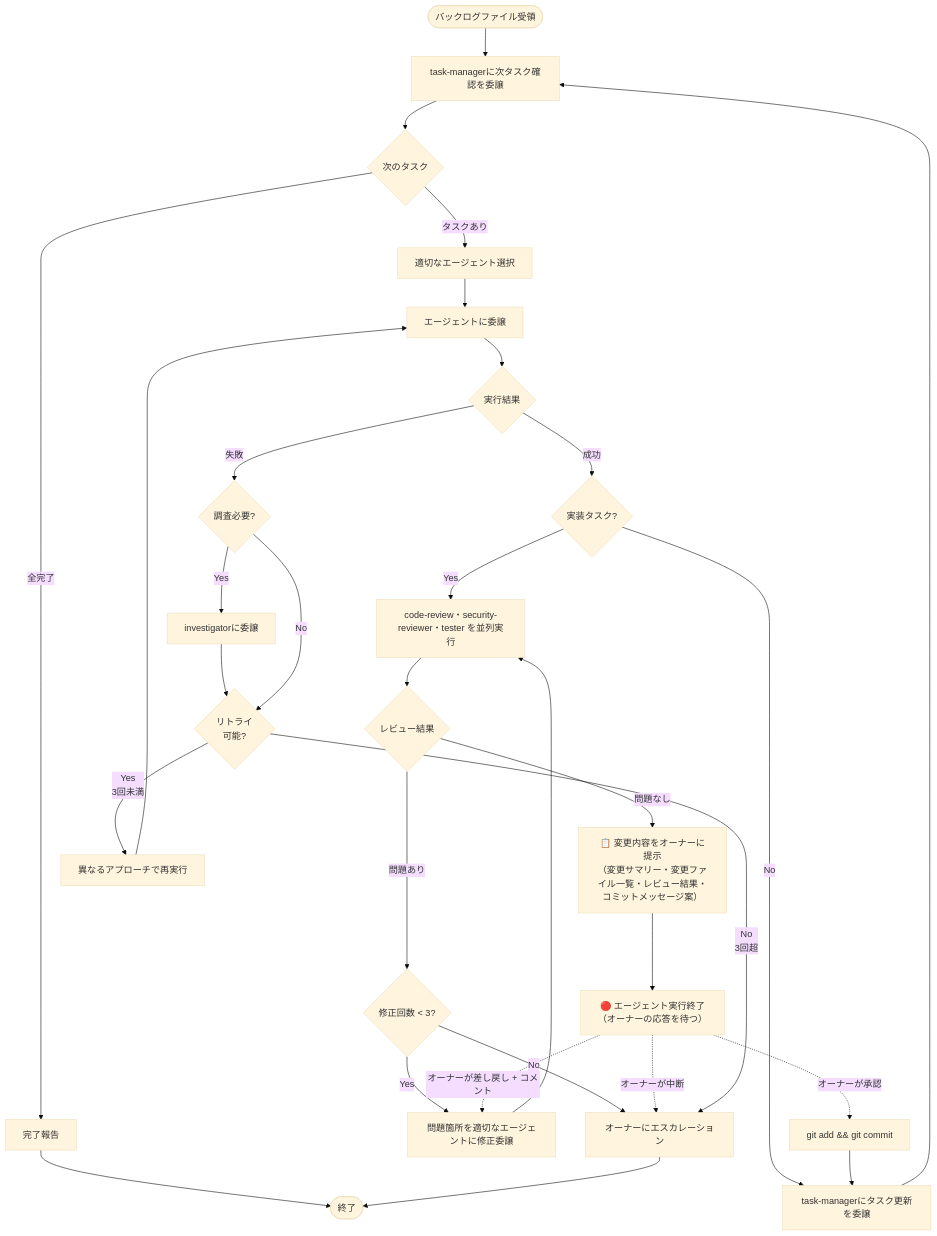
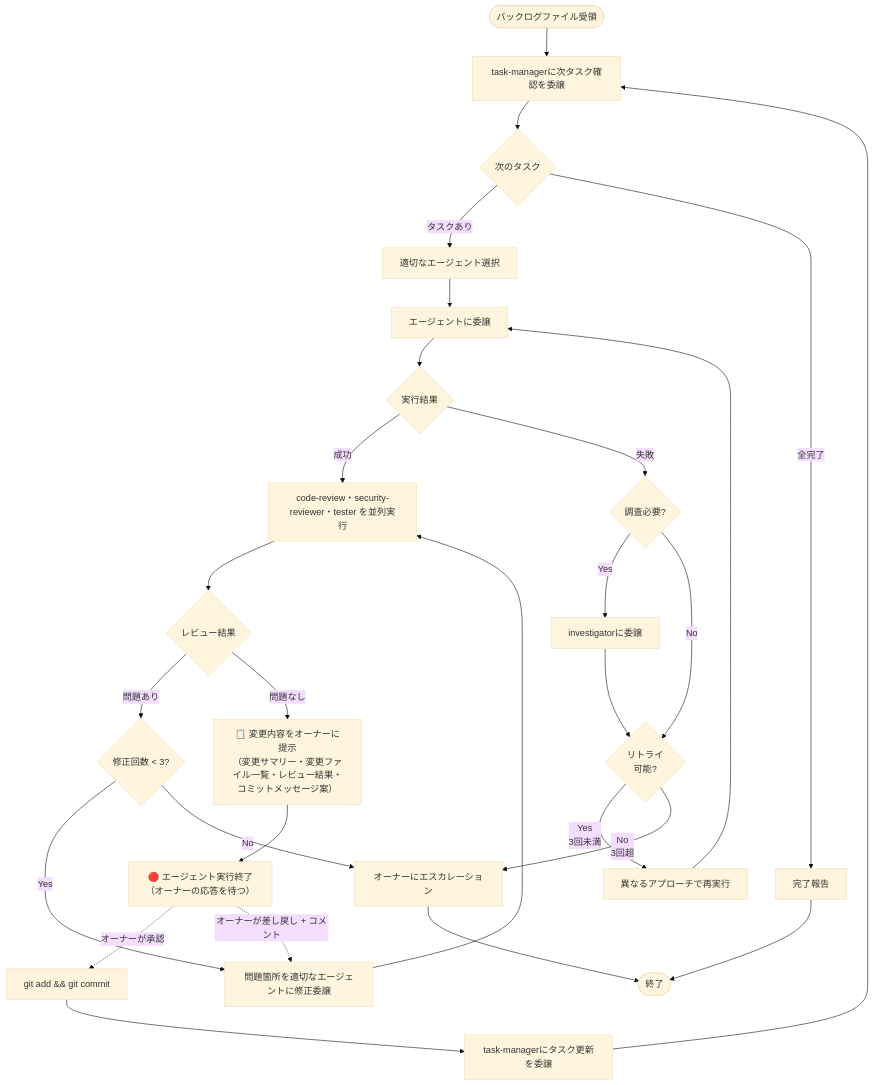
Before and after one commit to ichi-h/dotfiles: the diagram in nix/home/base/cli/copilot-cli/agents/orchestrator.agent.md, drawn with Mermaid (base theme).

Commit message:
docs(orchestrator): simplify workflow diagram
- Remove IsImplTask branch; always run ParallelReview on success
- Remove owner-interrupt (中断) route from EndRun; keep approve/reject only

````diff
--- a/nix/home/base/cli/copilot-cli/agents/orchestrator.agent.md
+++ b/nix/home/base/cli/copilot-cli/agents/orchestrator.agent.md
@@ -34,39 +34,36 @@
 ```mermaid
 graph TB
     Start([バックログファイル受領]) --> AskTaskManager[task-managerに次タスク確認を委譲]
 
     AskTaskManager --> NextTask{次のタスク}
     NextTask -->|タスクあり| SelectAgent[適切なエージェント選択]
     NextTask -->|全完了| Report[完了報告]
 
     SelectAgent --> Execute[エージェントに委譲]
     Execute --> Success{実行結果}
 
-    Success -->|成功| IsImplTask{実装タスク?}
-    IsImplTask -->|Yes| ParallelReview["code-review・security-reviewer・tester を並列実行"]
-    IsImplTask -->|No| UpdateTask
+    Success -->|成功| ParallelReview["code-review・security-reviewer・tester を並列実行"]
     ParallelReview --> ReviewResult{レビュー結果}
     ReviewResult -->|問題あり| CheckRetry{修正回数 < 3?}
     CheckRetry -->|Yes| FixIssues[問題箇所を適切なエージェントに修正委譲]
     CheckRetry -->|No| Escalate
     FixIssues --> ParallelReview
     ReviewResult -->|問題なし| OwnerReport["📋 変更内容をオーナーに提示\n（変更サマリー・変更ファイル一覧・レビュー結果・コミットメッセージ案）"]
     OwnerReport --> EndRun["🔴 エージェント実行終了\n（オーナーの応答を待つ）"]
     EndRun -.->|オーナーが承認| Commit["git add && git commit"]
     EndRun -.->|オーナーが差し戻し + コメント| FixIssues
-    EndRun -.->|オーナーが中断| Escalate
     Commit --> UpdateTask[task-managerにタスク更新を委譲]
     UpdateTask --> AskTaskManager
 
     Success -->|失敗| Investigate{調査必要?}
     Investigate -->|Yes| CallInvestigator[investigatorに委譲]
     CallInvestigator --> Retry{リトライ<br/>可能?}
     Investigate -->|No| Retry
 
     Retry -->|Yes<br/>3回未満| Replan[異なるアプローチで再実行]
     Replan --> Execute
     Retry -->|No<br/>3回超| Escalate[オーナーにエスカレーション]
 
     Report --> End([終了])
     Escalate --> End
 ```
````
